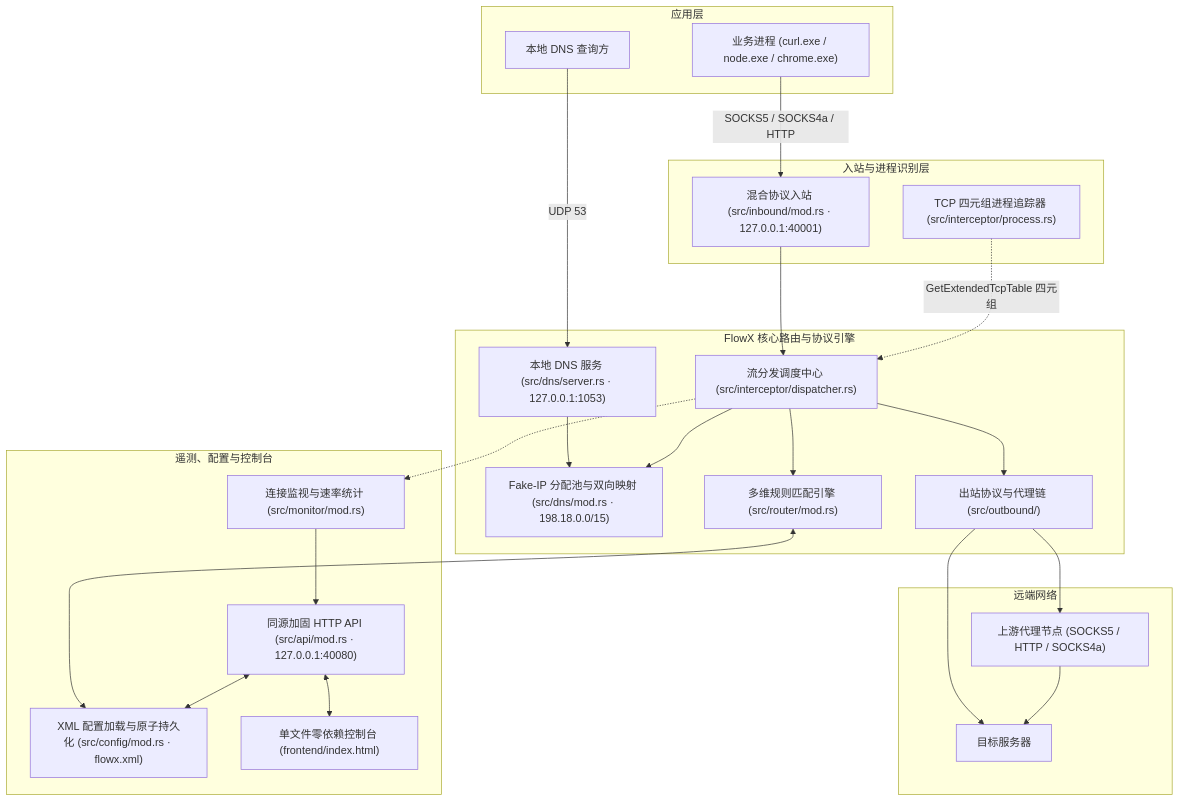
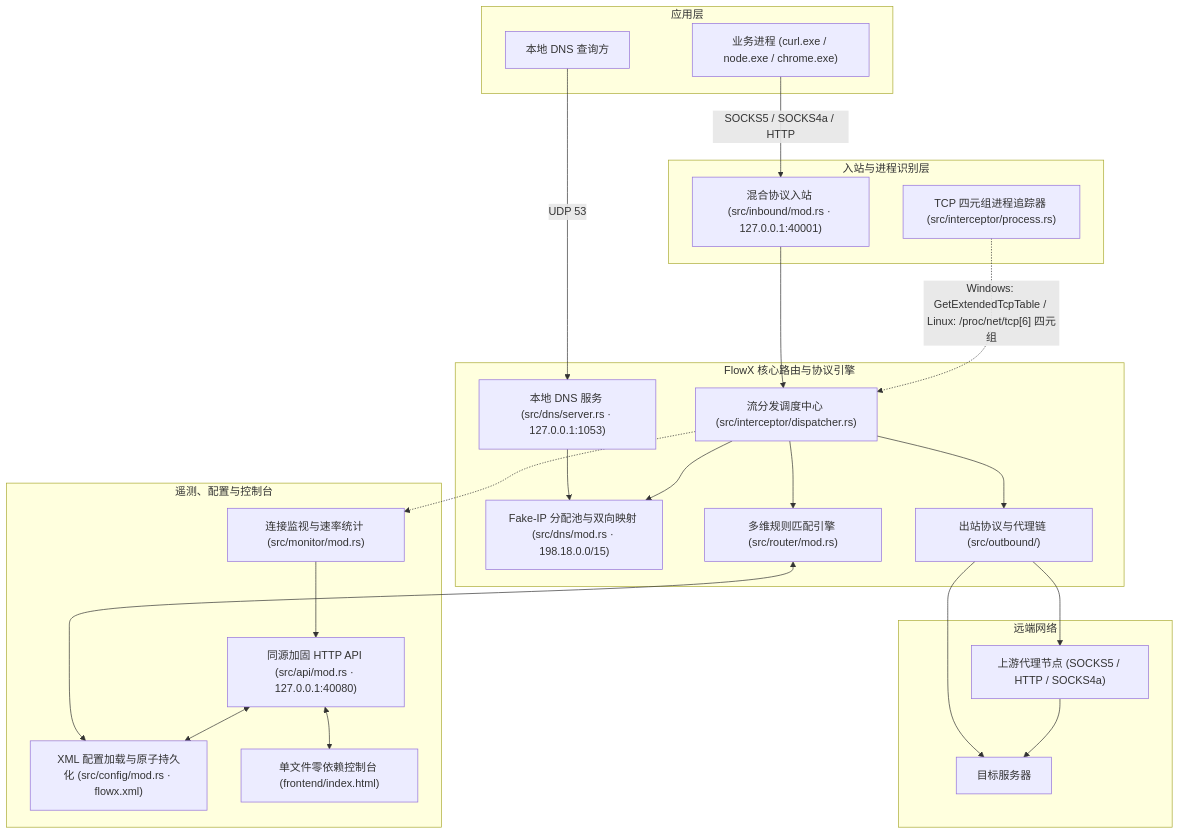
Before and after one commit to sLingli/FlowX: the diagram in ARCHITECTURE.md, drawn with Mermaid. The commit also changed other lines of this file and 3 other files, not shown here.

Commit message:
docs(linux): document cross-platform process tracking, permissions, and .exe rule interop

````diff
--- a/ARCHITECTURE.md
+++ b/ARCHITECTURE.md
@@ -11,49 +11,49 @@
 ```mermaid
 flowchart TD
     subgraph AppLayer ["应用层"]
         A1["业务进程 (curl.exe / node.exe / chrome.exe)"]
         A2["本地 DNS 查询方"]
     end
 
     subgraph InterceptionLayer ["入站与进程识别层"]
         MixedInbound["混合协议入站 (src/inbound/mod.rs · 127.0.0.1:40001)"]
         ProcessTracker["TCP 四元组进程追踪器 (src/interceptor/process.rs)"]
     end
 
     subgraph CoreEngine ["FlowX 核心路由与协议引擎"]
         Dispatcher["流分发调度中心 (src/interceptor/dispatcher.rs)"]
         FakeIpEngine["Fake-IP 分配池与双向映射 (src/dns/mod.rs · 198.18.0.0/15)"]
         DnsServer["本地 DNS 服务 (src/dns/server.rs · 127.0.0.1:1053)"]
         RouterEngine["多维规则匹配引擎 (src/router/mod.rs)"]
         OutboundMgr["出站协议与代理链 (src/outbound/)"]
     end
 
     subgraph PresentationLayer ["遥测、配置与控制台"]
         Monitor["连接监视与速率统计 (src/monitor/mod.rs)"]
         ConfigStore["XML 配置加载与原子持久化 (src/config/mod.rs · flowx.xml)"]
         ApiServer["同源加固 HTTP API (src/api/mod.rs · 127.0.0.1:40080)"]
         WebDashboard["单文件零依赖控制台 (frontend/index.html)"]
     end
 
     subgraph RemoteNetwork ["远端网络"]
         ProxyNode["上游代理节点 (SOCKS5 / HTTP / SOCKS4a)"]
         TargetHost["目标服务器"]
     end
 
     A1 -->|"SOCKS5 / SOCKS4a / HTTP"| MixedInbound
     A2 -->|"UDP 53"| DnsServer
     DnsServer --> FakeIpEngine
     MixedInbound --> Dispatcher
-    ProcessTracker -.->|"GetExtendedTcpTable 四元组"| Dispatcher
+    ProcessTracker -.->|"Windows: GetExtendedTcpTable / Linux: /proc/net/tcp[6] 四元组"| Dispatcher
     Dispatcher --> FakeIpEngine
     Dispatcher --> RouterEngine
     Dispatcher --> OutboundMgr
     OutboundMgr --> ProxyNode
     OutboundMgr --> TargetHost
     ProxyNode --> TargetHost
     Dispatcher -.-> Monitor
     Monitor --> ApiServer
     RouterEngine <--> ConfigStore
     ApiServer <--> ConfigStore
     ApiServer <--> WebDashboard
 ```
````
